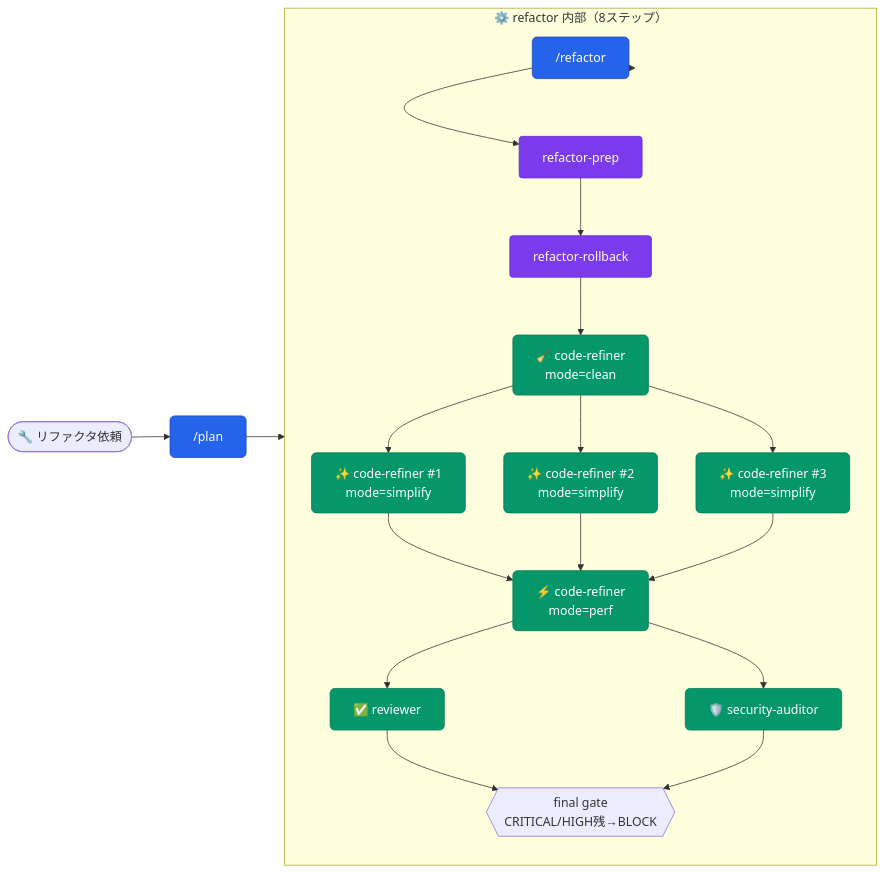
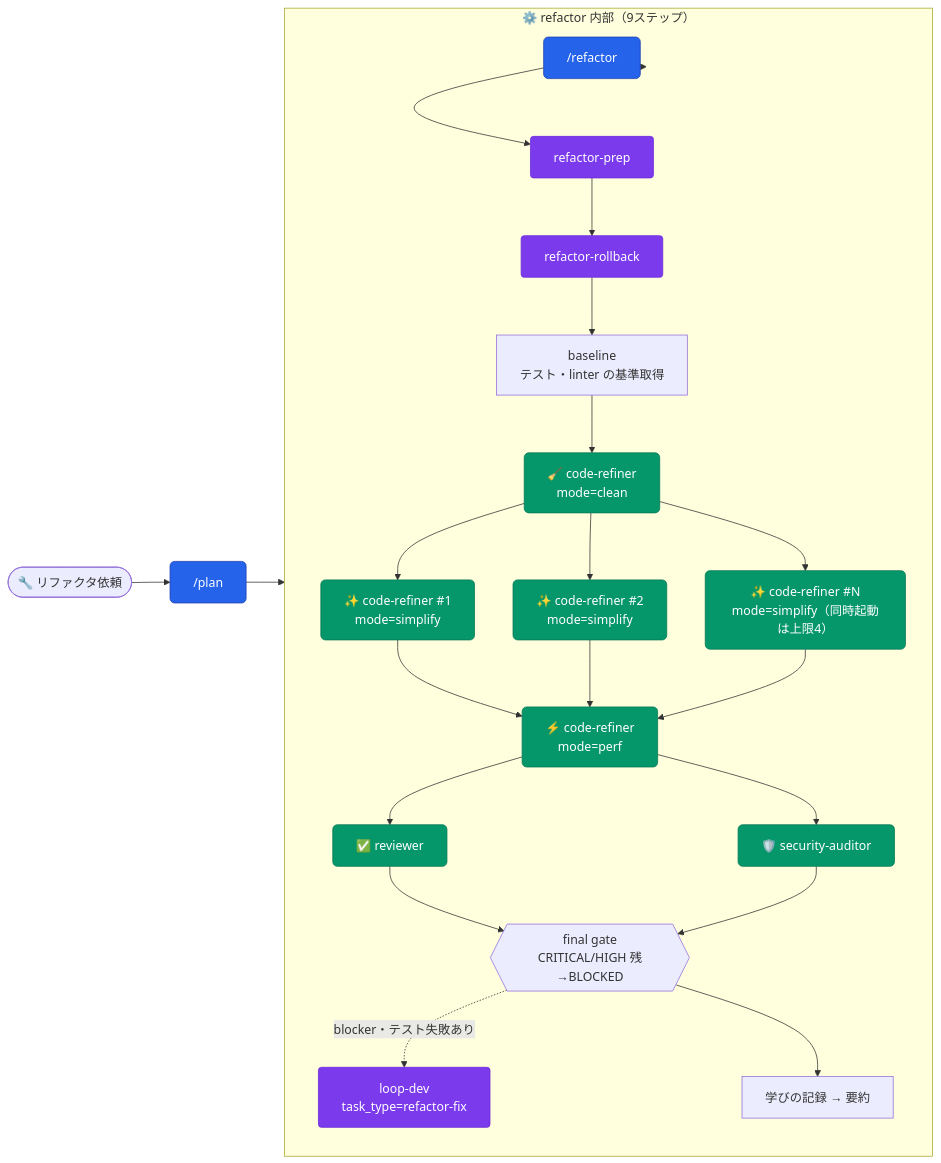
The third of 19 diagrams in README.md (aokumablue/claq), drawn with Mermaid before and after one commit. The commit also changed other lines of this file, not shown here.

First line of the commit message:
docs(readme): コマンドの段数・ワークフロー図・フック説明を実装に合わせる

````diff
--- a/README.md
+++ b/README.md
@@ -249,25 +254,28 @@
 ```mermaid
 flowchart LR
   classDef cmd    fill:#2563eb,stroke:#1e40af,color:#fff,rx:6
   classDef agent  fill:#059669,stroke:#047857,color:#fff,rx:6
   classDef skill  fill:#7c3aed,stroke:#6d28d9,color:#fff,rx:4
 
   U(["🔧 リファクタ依頼"]) --> CP["/plan"]:::cmd
   CP --> CREF["/refactor"]:::cmd
 
-  subgraph refactor["⚙️ refactor 内部（8ステップ）"]
+  subgraph refactor["⚙️ refactor 内部（9ステップ）"]
     direction TB
     CREF --> SP["refactor-prep"]:::skill
     SP --> RB["refactor-rollback"]:::skill
-    RB --> AC["🧹 code-refiner<br/>mode=clean"]:::agent
+    RB --> BASE["baseline<br/>テスト・linter の基準取得"]
+    BASE --> AC["🧹 code-refiner<br/>mode=clean"]:::agent
     AC --> ASI1["✨ code-refiner #1<br/>mode=simplify"]:::agent
     AC --> ASI2["✨ code-refiner #2<br/>mode=simplify"]:::agent
-    AC --> ASI3["✨ code-refiner #3<br/>mode=simplify"]:::agent
+    AC --> ASI3["✨ code-refiner #N<br/>mode=simplify（同時起動は上限4）"]:::agent
     ASI1 & ASI2 & ASI3 --> AP["⚡ code-refiner<br/>mode=perf"]:::agent
     AP --> AR["✅ reviewer"]:::agent
     AP --> AS["🛡️ security-auditor"]:::agent
-    AR & AS --> GATE{{"final gate<br/>CRITICAL/HIGH残→BLOCK"}}
+    AR & AS --> GATE{{"final gate<br/>CRITICAL/HIGH 残→BLOCKED"}}
+    GATE -.->|"blocker・テスト失敗あり"| LD["loop-dev<br/>task_type=refactor-fix"]:::skill
+    GATE --> LEARN["学びの記録 → 要約"]
   end
 
   CREF --> refactor
 ```
````
